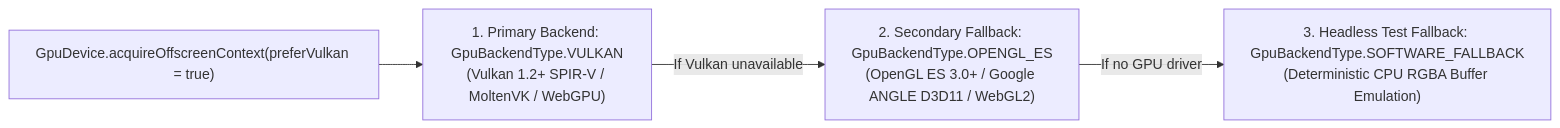
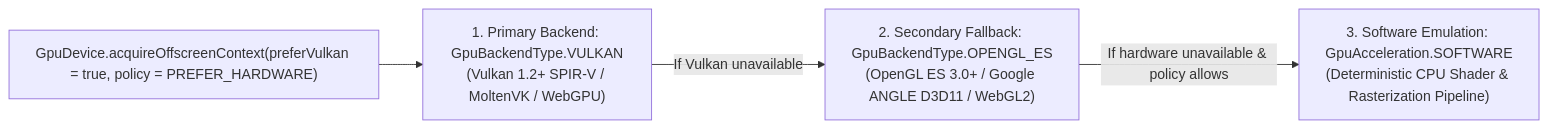
Before and after one commit to GenericUI/Extensions: the diagram in docs/gpu.md, drawn with Mermaid. The commit also changed other lines of this file and 242 other files, not shown here.

````diff
--- a/docs/gpu.md
+++ b/docs/gpu.md
@@ -13,11 +13,11 @@
 ```mermaid
 flowchart LR
-    GpuDevice["GpuDevice.acquireOffscreenContext(preferVulkan = true)"]
+    GpuDevice["GpuDevice.acquireOffscreenContext(preferVulkan = true, policy = PREFER_HARDWARE)"]
     Primary["1. Primary Backend: GpuBackendType.VULKAN<br/>(Vulkan 1.2+ SPIR-V / MoltenVK / WebGPU)"]
     Fallback["2. Secondary Fallback: GpuBackendType.OPENGL_ES<br/>(OpenGL ES 3.0+ / Google ANGLE D3D11 / WebGL2)"]
-    Software["3. Headless Test Fallback: GpuBackendType.SOFTWARE_FALLBACK<br/>(Deterministic CPU RGBA Buffer Emulation)"]
+    Software["3. Software Emulation: GpuAcceleration.SOFTWARE<br/>(Deterministic CPU Shader & Rasterization Pipeline)"]
 
     GpuDevice --> Primary
     Primary -->|If Vulkan unavailable| Fallback
-    Fallback -->|If no GPU driver| Software
+    Fallback -->|If hardware unavailable & policy allows| Software
 ```
````
